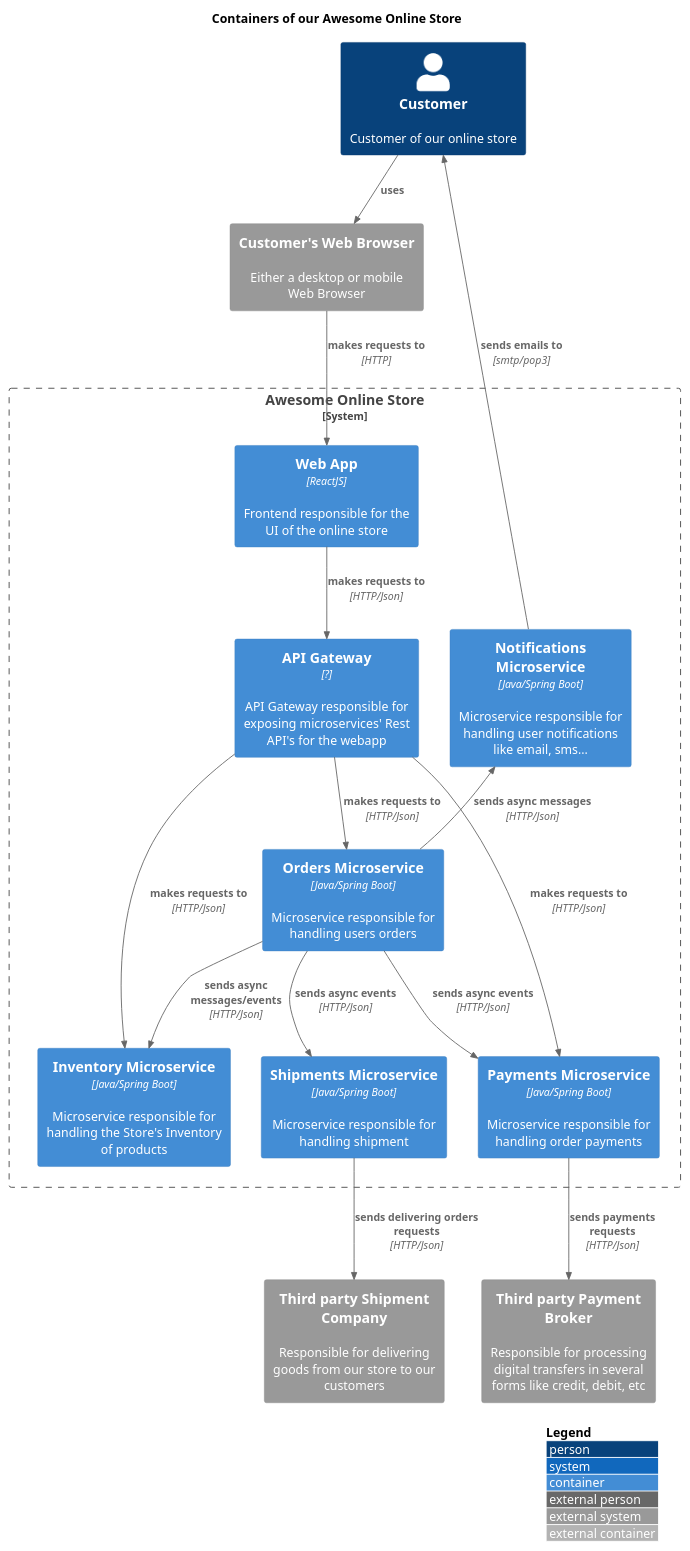
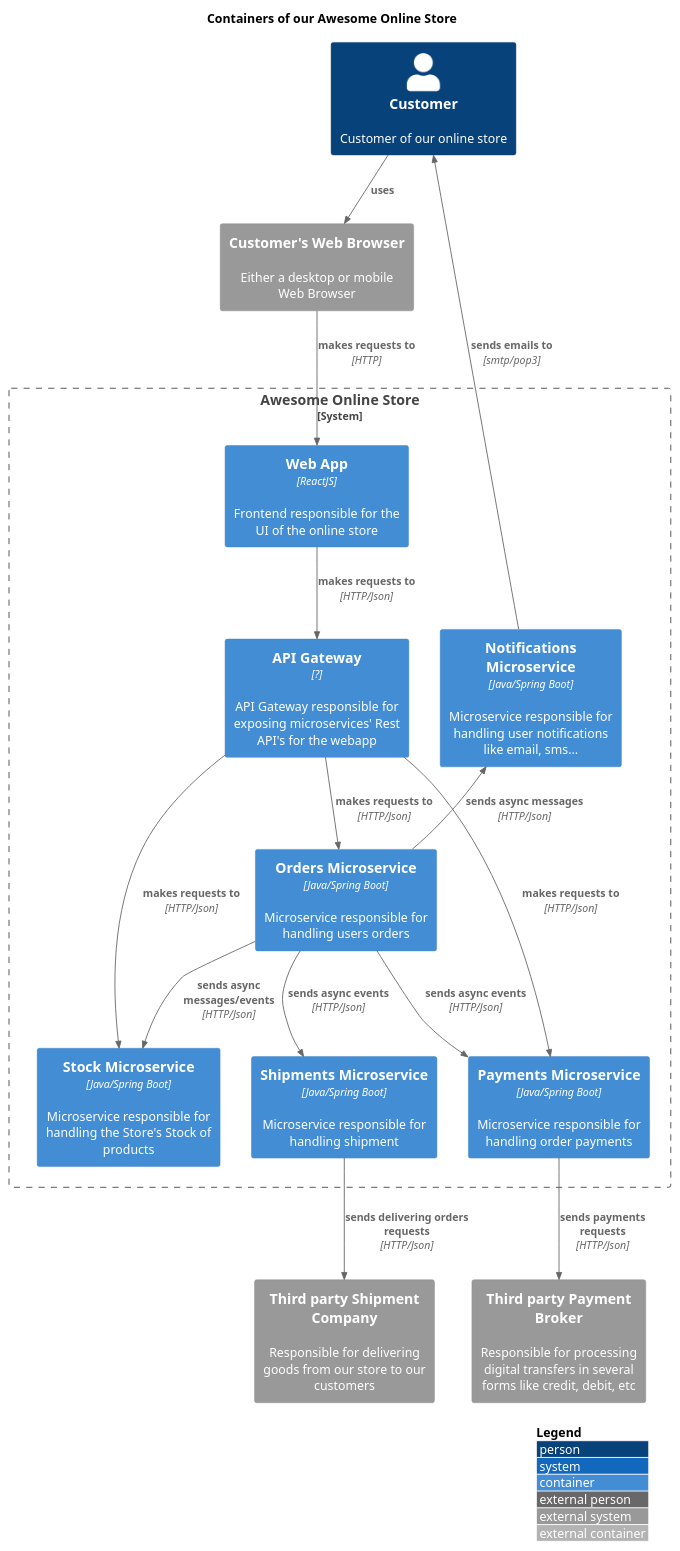
The diagram in awesome-backend-docs/src/Awesome Online Store/conteiners.puml (viniciusvasti/awesome-backend), drawn with PlantUML before and after one commit. The commit also changed 7 other files, not shown here.

Commit message:
Exchange Inventory -> Stock

```diff
--- a/awesome-backend-docs/src/Awesome Online Store/conteiners.puml
+++ b/awesome-backend-docs/src/Awesome Online Store/conteiners.puml
@@ -1,38 +1,38 @@
 @startuml
 !include https://raw.githubusercontent.com/plantuml-stdlib/C4-PlantUML/master/C4_Container.puml
 
 LAYOUT_WITH_LEGEND()
 
 title Containers of our Awesome Online Store
 
 Person(customer, Customer, Customer of our online store)
 System_Ext(customerBrowser, "Customer's Web Browser", "Either a desktop or mobile Web Browser")
 System_Ext(paymentBroker, "Third party Payment Broker", "Responsible for processing digital transfers in several forms like credit, debit, etc")
 System_Ext(shipmentCompany, "Third party Shipment Company", "Responsible for delivering goods from our store to our customers")
 System_Boundary(awesomeOnlineStore, "Awesome Online Store") {
     Container(aosWebApp, "Web App", ReactJS, "Frontend responsible for the UI of the online store")
     Container(aosApiGateway, "API Gateway", "?", "API Gateway responsible for exposing microservices' Rest API's for the webapp")
-    Container(aosInventoryMicroservice, "Inventory Microservice", "Java/Spring Boot", "Microservice responsible for handling the Store's Inventory of products")
+    Container(aosStockMicroservice, "Stock Microservice", "Java/Spring Boot", "Microservice responsible for handling the Store's Stock of products")
     Container(aosPaymentsMicroservice, "Payments Microservice", "Java/Spring Boot", "Microservice responsible for handling order payments")
     Container(aosOrdersMicroservice, "Orders Microservice", "Java/Spring Boot", "Microservice responsible for handling users orders")
     Container(aosNotificationsMicroservice, "Notifications Microservice", "Java/Spring Boot", "Microservice responsible for handling user notifications like email, sms...")
     Container(aosShipmentMicroservice, "Shipments Microservice", "Java/Spring Boot", "Microservice responsible for handling shipment")
 }
 
 Lay_D(customerBrowser, awesomeOnlineStore)
 
 Rel(customer, customerBrowser, uses)
 Rel(customerBrowser, aosWebApp, makes requests to, "HTTP")
 Rel(aosWebApp, aosApiGateway, makes requests to, "HTTP/Json")
-Rel(aosApiGateway, aosInventoryMicroservice, makes requests to, "HTTP/Json")
+Rel(aosApiGateway, aosStockMicroservice, makes requests to, "HTTP/Json")
 Rel(aosApiGateway, aosPaymentsMicroservice, makes requests to, "HTTP/Json")
 Rel(aosApiGateway, aosOrdersMicroservice, makes requests to, "HTTP/Json")
 Rel(aosPaymentsMicroservice, paymentBroker, sends payments requests, "HTTP/Json")
 Rel(aosOrdersMicroservice, aosPaymentsMicroservice, sends async events, "HTTP/Json")
-Rel(aosOrdersMicroservice, aosInventoryMicroservice, sends async messages/events, "HTTP/Json")
+Rel(aosOrdersMicroservice, aosStockMicroservice, sends async messages/events, "HTTP/Json")
 Rel(aosOrdersMicroservice, aosShipmentMicroservice, sends async events, "HTTP/Json")
 Rel(aosShipmentMicroservice, shipmentCompany, sends delivering orders requests, "HTTP/Json")
 Rel_U(aosOrdersMicroservice, aosNotificationsMicroservice, sends async messages, "HTTP/Json")
 Rel(aosNotificationsMicroservice, customer, sends emails to, "smtp/pop3")
 
 @enduml
```
